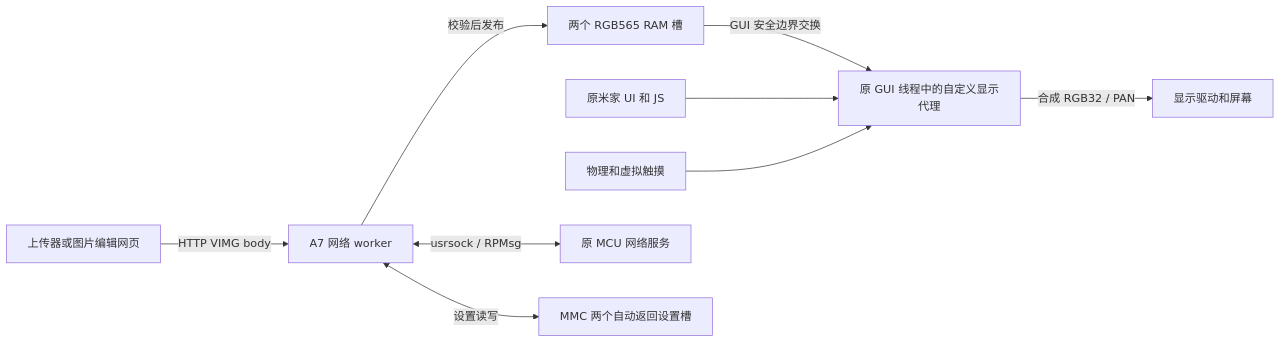
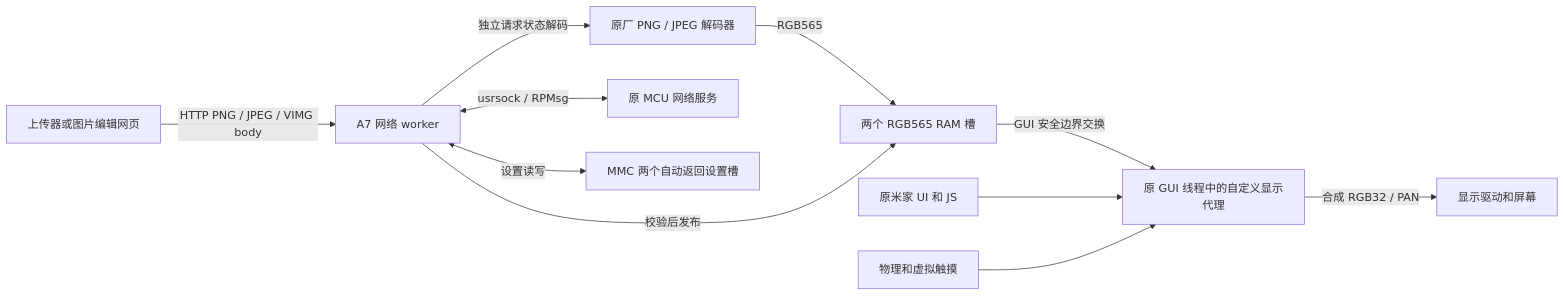
One commit to vilicvane/xiaomi.controller.86v1 changed the diagram in docs/architecture.md. Above: the diagram before and after it, drawn with Mermaid. The commit also changed other lines of this file and 36 other files, not shown here.

Commit message:
panel: support direct png and jpeg image uploads

````diff
--- a/docs/architecture.md
+++ b/docs/architecture.md
@@ -23,11 +27,13 @@
 ```mermaid
 flowchart LR
-    Client[上传器或图片编辑网页] -->|HTTP VIMG body| Worker[A7 网络 worker]
-    Worker -->|校验后发布| Slots[两个 RGB565 RAM 槽]
+    Client[上传器或图片编辑网页] -->|HTTP PNG / JPEG / VIMG body| Worker[A7 网络 worker]
+    Worker -->|独立请求状态解码| Codec[原厂 PNG / JPEG 解码器]
+    Codec -->|RGB565| Slots[两个 RGB565 RAM 槽]
+    Worker -->|校验后发布| Slots
     Slots -->|GUI 安全边界交换| GUI[原 GUI 线程中的自定义显示代理]
     Original[原米家 UI 和 JS] --> GUI
     Touch[物理和虚拟触摸] --> GUI
     GUI -->|合成 RGB32 / PAN| Screen[显示驱动和屏幕]
     Worker <-->|usrsock / RPMsg| MCU[原 MCU 网络服务]
     Worker <-->|设置读写| Settings[MMC 两个自动返回设置槽]
 ```
````
